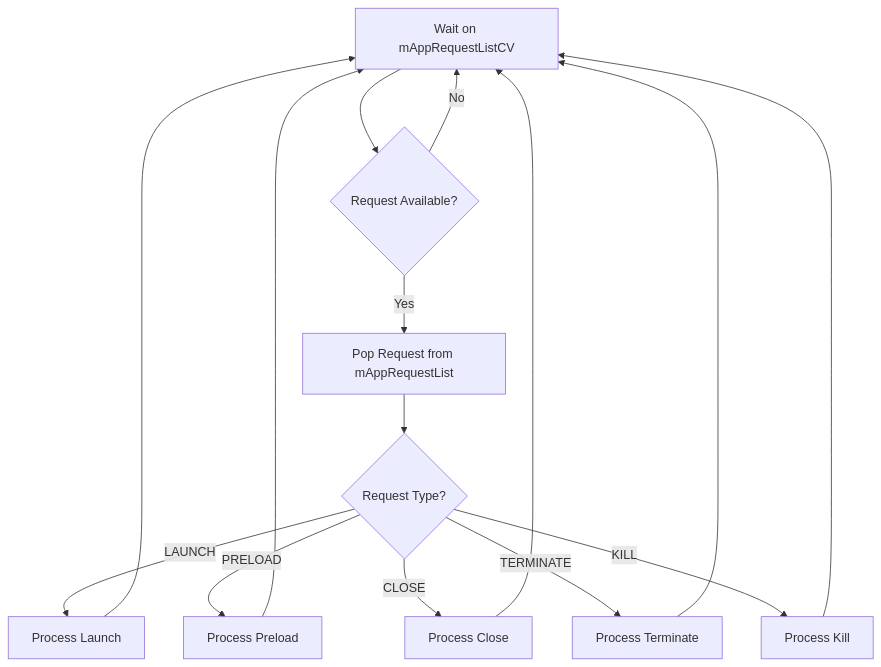
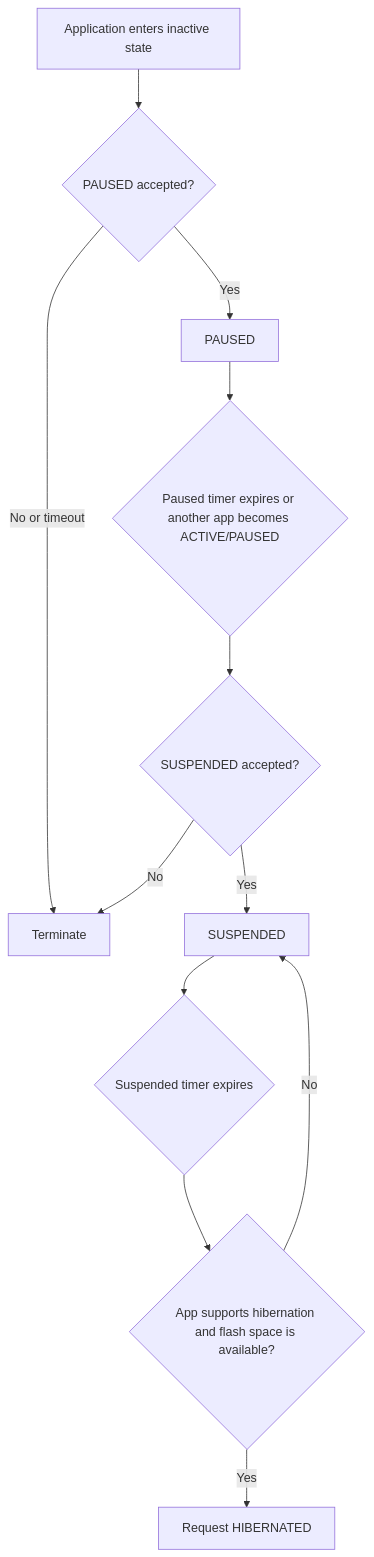
Before and after one commit to rdkcentral/entservices-appmanagers: the third of 3 diagrams in AppManager/AppManager.md, drawn with Mermaid. The commit also changed other lines of this file and 3 other files, not shown here.

````diff
--- a/AppManager/AppManager.md
+++ b/AppManager/AppManager.md
@@ -451,17 +147,14 @@
 ```mermaid
 flowchart TD
-    A[Wait on mAppRequestListCV] --> B{Request Available?}
-    B -->|No| A
-    B -->|Yes| C[Pop Request from mAppRequestList]
-    C --> D{Request Type?}
-    D -->|LAUNCH| E[Process Launch]
-    D -->|PRELOAD| F[Process Preload]
-    D -->|CLOSE| G[Process Close]
-    D -->|TERMINATE| H[Process Terminate]
-    D -->|KILL| I[Process Kill]
-    E --> A
-    F --> A
-    G --> A
-    H --> A
-    I --> A
+    I[Application enters inactive state] --> P{PAUSED accepted?}
+    P -- No or timeout --> T[Terminate]
+    P -- Yes --> PS[PAUSED]
+    PS --> E{Paused timer expires or another app becomes ACTIVE/PAUSED}
+    E --> S{SUSPENDED accepted?}
+    S -- No --> T
+    S -- Yes --> SS[SUSPENDED]
+    SS --> H{Suspended timer expires}
+    H --> C{App supports hibernation and flash space is available?}
+    C -- No --> SS
+    C -- Yes --> HH[Request HIBERNATED]
 ```
````
